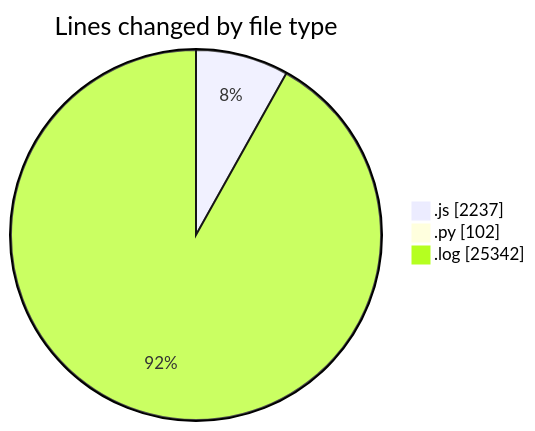
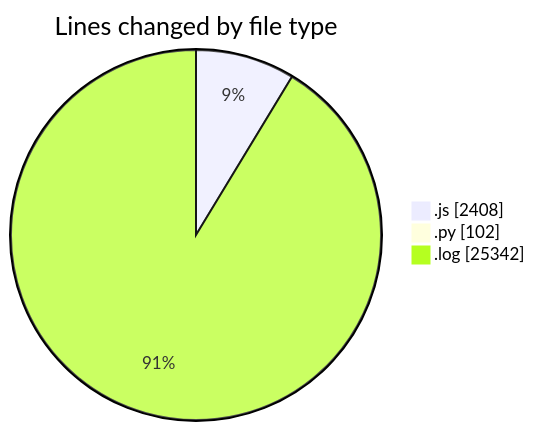
Before and after one commit to nxtqubesakshisongat/code-tracking: the first of 2 diagrams in 2025-04-14/nxtqube_webapp/README.md, drawn with Mermaid. The commit also changed other lines of this file and 1 other file, not shown here.

````diff
--- a/2025-04-14/nxtqube_webapp/README.md
+++ b/2025-04-14/nxtqube_webapp/README.md
@@ -29,7 +29,7 @@
 ```mermaid
 pie showData
 title Lines changed by file type
-".js" : 2237
+".js" : 2408
 ".py" : 102
 ".log" : 25342
 ```
````
